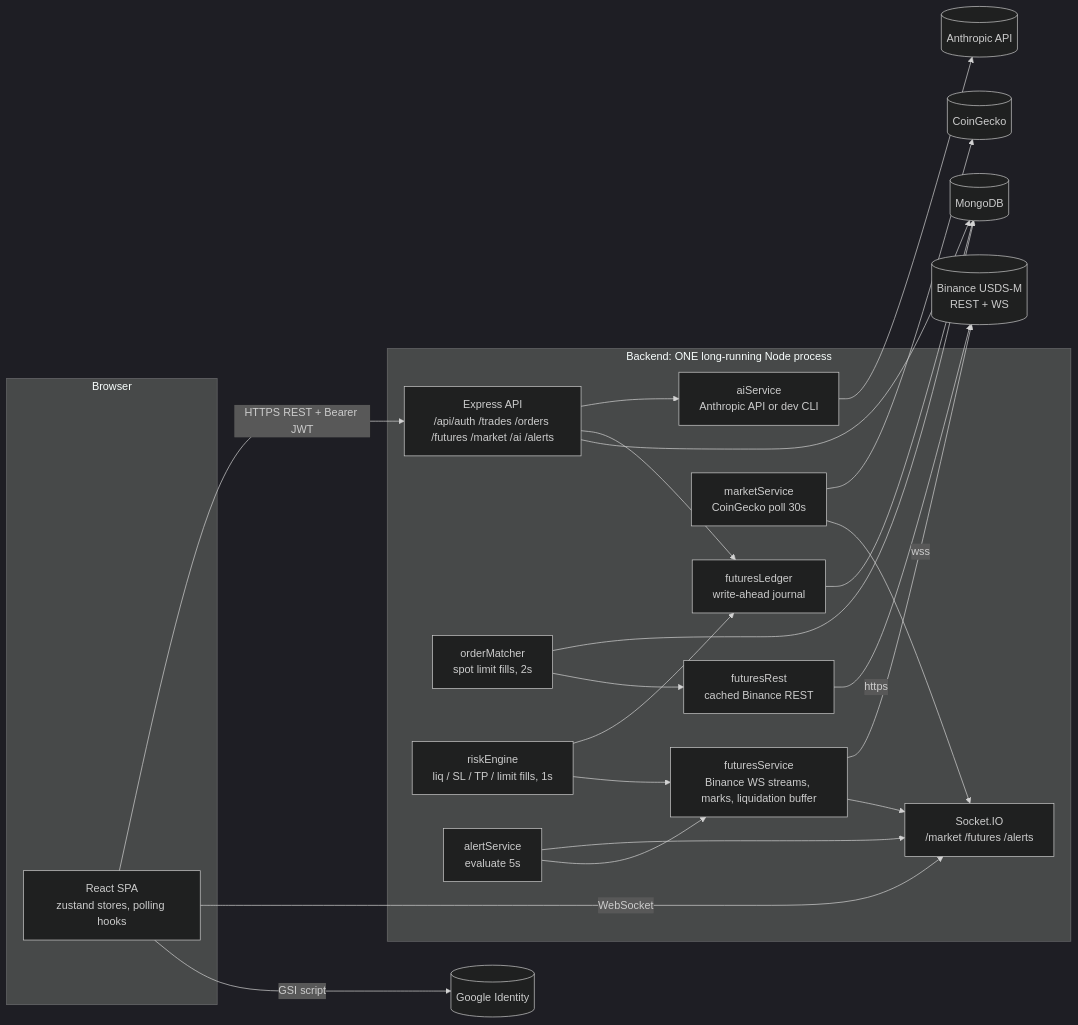
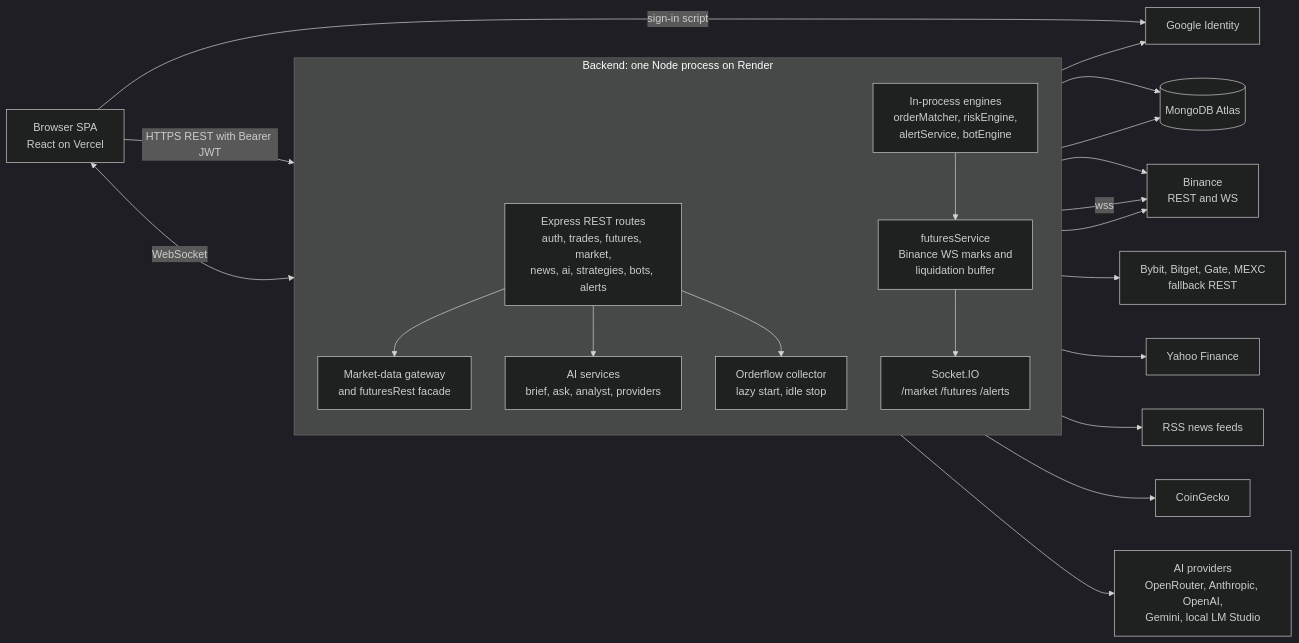
Before and after one commit to pathakvikash/trade_mvp: the first of 6 diagrams in README.md, drawn with Mermaid (dark theme). The commit also changed other lines of this file and 3 other files, not shown here.

Commit message:
Rewrite README with architecture diagrams, split API reference and pre-launch checklist into docs/, update test counts

````diff
--- a/README.md
+++ b/README.md
@@ -84,41 +102,44 @@
 ```mermaid
 flowchart LR
-  subgraph Browser
-    SPA[React SPA<br/>zustand stores, polling hooks]
+  SPA["Browser SPA<br/>React on Vercel"]
+  GID["Google Identity"]
+
+  subgraph API["Backend: one Node process on Render"]
+    direction TB
+    REST["Express REST routes<br/>auth, trades, futures, market,<br/>news, ai, strategies, bots, alerts"]
+    IO["Socket.IO<br/>/market /futures /alerts"]
+    GW["Market-data gateway<br/>and futuresRest facade"]
+    FS["futuresService<br/>Binance WS marks and<br/>liquidation buffer"]
+    OF["Orderflow collector<br/>lazy start, idle stop"]
+    ENG["In-process engines<br/>orderMatcher, riskEngine,<br/>alertService, botEngine"]
+    AIS["AI services<br/>brief, ask, analyst, providers"]
   end
-  subgraph Backend["Backend: ONE long-running Node process"]
-    API[Express API<br/>/api/auth /trades /orders /futures /market /ai /alerts]
-    IO[Socket.IO<br/>/market /futures /alerts]
-    FS[futuresService<br/>Binance WS streams, marks, liquidation buffer]
-    FR[futuresRest<br/>cached Binance REST]
-    MS[marketService<br/>CoinGecko poll 30s]
-    OM[orderMatcher<br/>spot limit fills, 2s]
-    RE[riskEngine<br/>liq / SL / TP / limit fills, 1s]
-    LG[futuresLedger<br/>write-ahead journal]
-    AL[alertService<br/>evaluate 5s]
-    AI[aiService<br/>Anthropic API or dev CLI]
-  end
-  DB[(MongoDB)]
-  BIN[(Binance USDS-M<br/>REST + WS)]
-  CG[(CoinGecko)]
-  ANT[(Anthropic API)]
-  GOO[(Google Identity)]
 
-  SPA -- HTTPS REST + Bearer JWT --> API
-  SPA -- WebSocket --> IO
-  SPA -- GSI script --> GOO
-  API --> AI --> ANT
-  API --> LG --> DB
-  API --> DB
-  FS -- wss --> BIN
-  FR -- https --> BIN
-  MS --> CG
+  DB[("MongoDB Atlas")]
+  BIN["Binance<br/>REST and WS"]
+  ALT["Bybit, Bitget, Gate, MEXC<br/>fallback REST"]
+  YH["Yahoo Finance"]
+  RSS["RSS news feeds"]
+  CG["CoinGecko"]
+  LLM["AI providers<br/>OpenRouter, Anthropic, OpenAI,<br/>Gemini, local LM Studio"]
+
+  SPA -->|"HTTPS REST with Bearer JWT"| REST
+  SPA <-->|"WebSocket"| IO
+  SPA -->|"sign-in script"| GID
+  REST --> GID
+  REST --> GW
+  REST --> AIS
+  REST --> OF
+  REST --> DB
+  GW --> BIN
+  GW --> ALT
+  GW --> YH
+  REST --> RSS
+  REST --> CG
+  FS -->|"wss"| BIN
   FS --> IO
-  MS --> IO
-  AL --> IO
-  OM --> DB
-  RE --> LG
-  RE --> FS
-  OM --> FR
-  AL --> FS
+  OF --> BIN
+  ENG --> DB
+  ENG --> FS
+  AIS --> LLM
 ```
````
